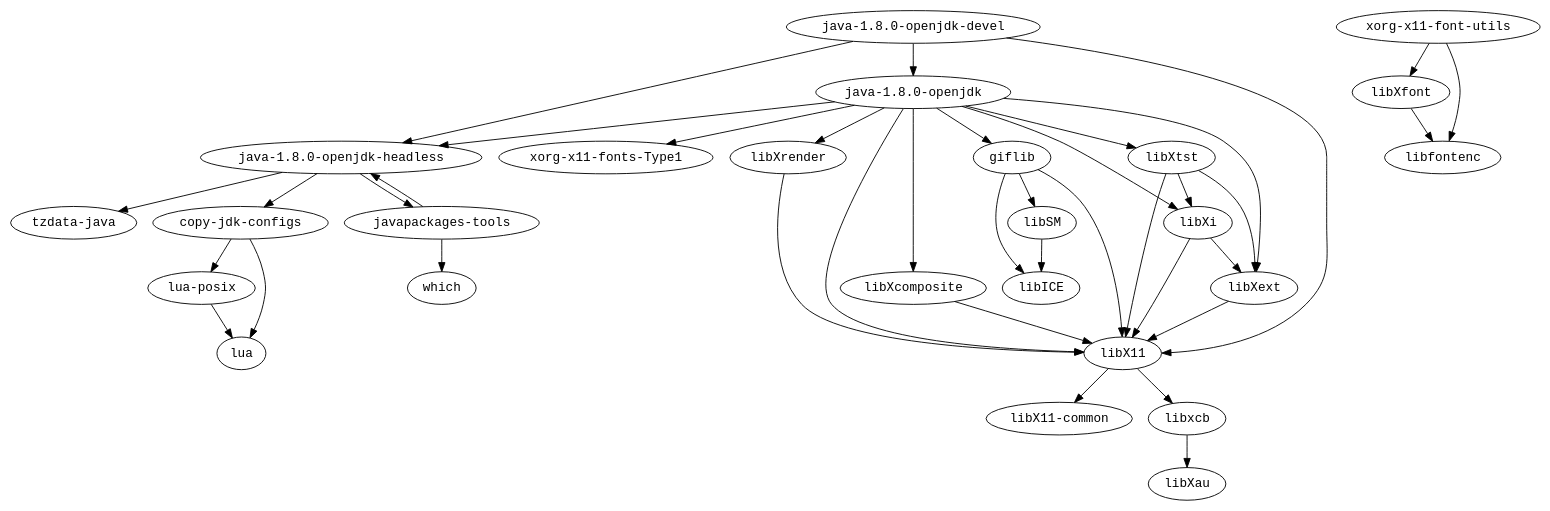
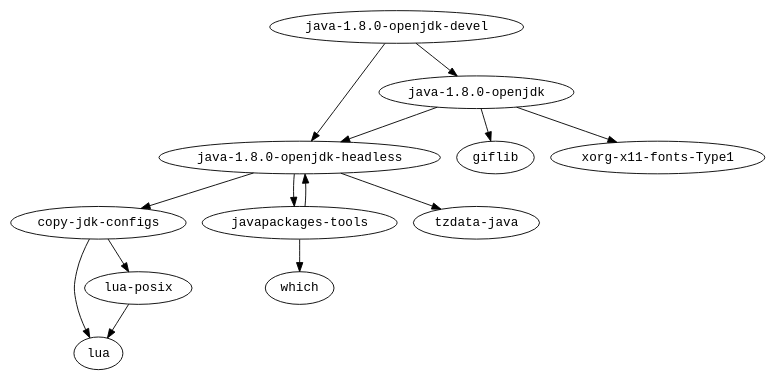
Before and after one commit to fedora-modularity/dependency-report: the diagram in modules/java/s390x/graph.dot, drawn with Graphviz. The commit also changed 358 other files, not shown here.

```diff
--- a/modules/java/s390x/graph.dot
+++ b/modules/java/s390x/graph.dot
@@ -1,41 +1,16 @@
 strict digraph G {
 node [fontname=monospace];
   "copy-jdk-configs" -> "lua";
   "copy-jdk-configs" -> "lua-posix";
-  "giflib" -> "libICE";
-  "giflib" -> "libSM";
-  "giflib" -> "libX11";
   "java-1.8.0-openjdk-devel" -> "java-1.8.0-openjdk";
   "java-1.8.0-openjdk-devel" -> "java-1.8.0-openjdk-headless";
-  "java-1.8.0-openjdk-devel" -> "libX11";
   "java-1.8.0-openjdk" -> "giflib";
   "java-1.8.0-openjdk-headless" -> "copy-jdk-configs";
   "java-1.8.0-openjdk-headless" -> "javapackages-tools";
   "java-1.8.0-openjdk-headless" -> "tzdata-java";
   "java-1.8.0-openjdk" -> "java-1.8.0-openjdk-headless";
-  "java-1.8.0-openjdk" -> "libX11";
-  "java-1.8.0-openjdk" -> "libXcomposite";
-  "java-1.8.0-openjdk" -> "libXext";
-  "java-1.8.0-openjdk" -> "libXi";
-  "java-1.8.0-openjdk" -> "libXrender";
-  "java-1.8.0-openjdk" -> "libXtst";
   "java-1.8.0-openjdk" -> "xorg-x11-fonts-Type1";
   "javapackages-tools" -> "java-1.8.0-openjdk-headless";
   "javapackages-tools" -> "which";
-  "libSM" -> "libICE";
-  "libX11" -> "libX11-common";
-  "libX11" -> "libxcb";
-  "libxcb" -> "libXau";
-  "libXcomposite" -> "libX11";
-  "libXext" -> "libX11";
-  "libXfont" -> "libfontenc";
-  "libXi" -> "libX11";
-  "libXi" -> "libXext";
-  "libXrender" -> "libX11";
-  "libXtst" -> "libX11";
-  "libXtst" -> "libXext";
-  "libXtst" -> "libXi";
   "lua-posix" -> "lua";
-  "xorg-x11-font-utils" -> "libfontenc";
-  "xorg-x11-font-utils" -> "libXfont";
 }
```
